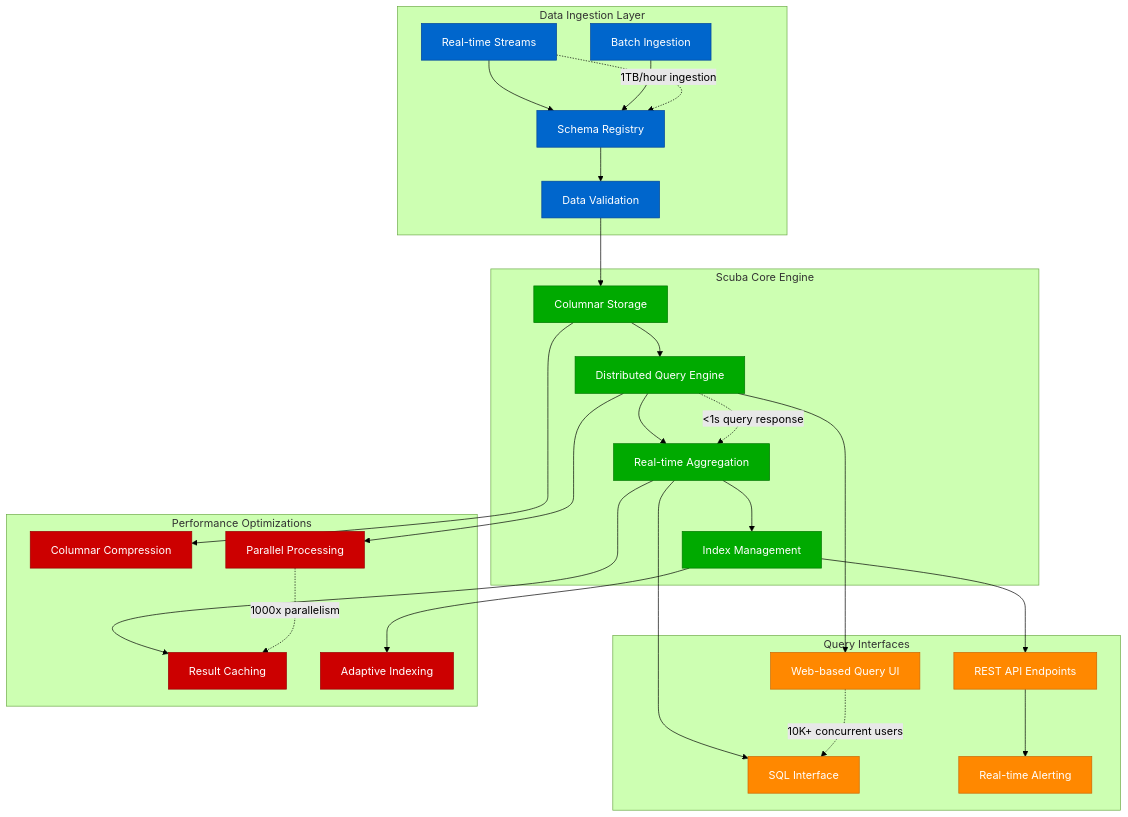
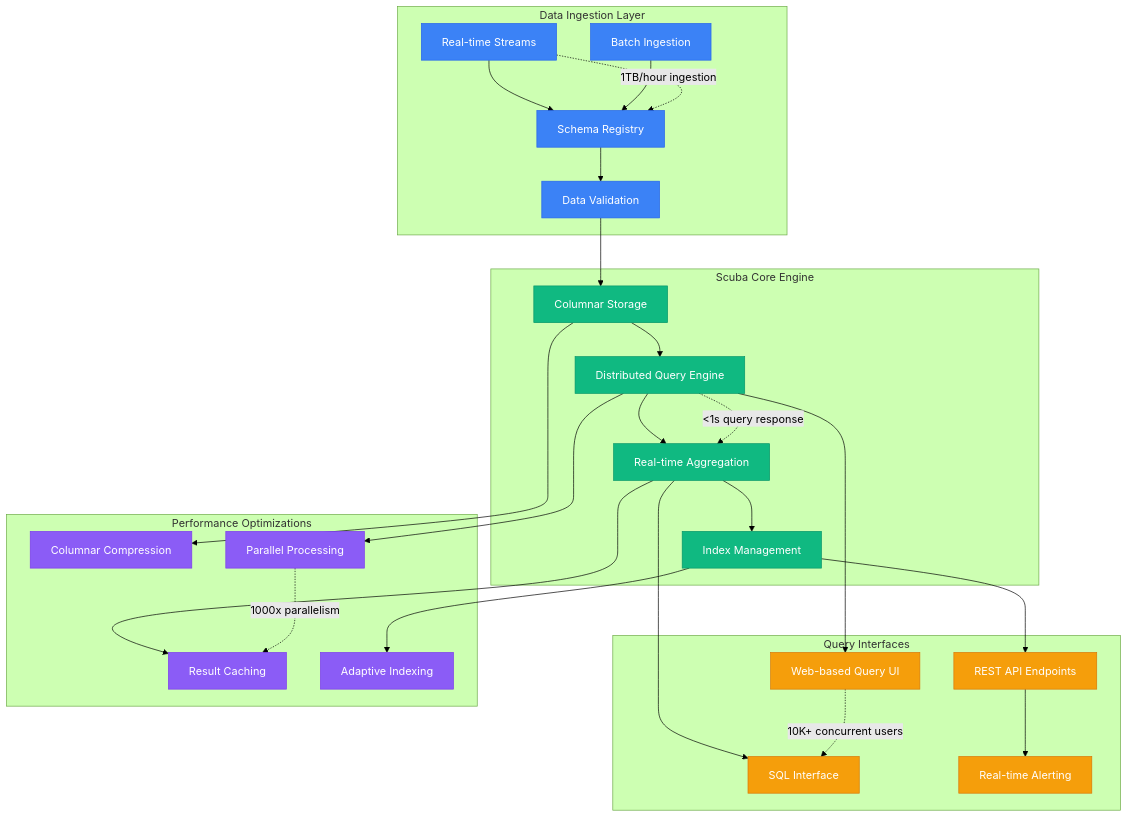
Before and after one commit to deepaucksharma/DS: the fourth of 8 diagrams in site/docs/systems/meta/production-operations.md, drawn with Mermaid (forest theme). The commit also changed other lines of this file and 303 other files, not shown here.

````diff
--- a/site/docs/systems/meta/production-operations.md
+++ b/site/docs/systems/meta/production-operations.md
@@ -235,69 +235,69 @@
 ```mermaid
 graph TB
     subgraph DataIngestion[Data Ingestion Layer]
         REAL_TIME_STREAMS[Real-time Streams]
         BATCH_INGESTION[Batch Ingestion]
         SCHEMA_REGISTRY[Schema Registry]
         DATA_VALIDATION[Data Validation]
     end
 
     subgraph ScubaCore[Scuba Core Engine]
         COLUMNAR_STORE[Columnar Storage]
         QUERY_ENGINE[Distributed Query Engine]
         AGGREGATION[Real-time Aggregation]
         INDEX_MANAGEMENT[Index Management]
     end
 
     subgraph QueryInterface[Query Interfaces]
         WEB_UI[Web-based Query UI]
         SQL_INTERFACE[SQL Interface]
         API_ENDPOINTS[REST API Endpoints]
         ALERTING[Real-time Alerting]
     end
 
     subgraph PerformanceOpt[Performance Optimizations]
         COLUMNAR_COMPRESSION[Columnar Compression]
         PARALLEL_PROCESSING[Parallel Processing]
         RESULT_CACHING[Result Caching]
         ADAPTIVE_INDEXING[Adaptive Indexing]
     end
 
     %% Data flow
     REAL_TIME_STREAMS --> SCHEMA_REGISTRY
     BATCH_INGESTION --> SCHEMA_REGISTRY
     SCHEMA_REGISTRY --> DATA_VALIDATION
     DATA_VALIDATION --> COLUMNAR_STORE
 
     %% Query processing
     COLUMNAR_STORE --> QUERY_ENGINE
     QUERY_ENGINE --> AGGREGATION
     AGGREGATION --> INDEX_MANAGEMENT
 
     %% User interfaces
     QUERY_ENGINE --> WEB_UI
     AGGREGATION --> SQL_INTERFACE
     INDEX_MANAGEMENT --> API_ENDPOINTS
     API_ENDPOINTS --> ALERTING
 
     %% Performance features
     COLUMNAR_STORE --> COLUMNAR_COMPRESSION
     QUERY_ENGINE --> PARALLEL_PROCESSING
     AGGREGATION --> RESULT_CACHING
     INDEX_MANAGEMENT --> ADAPTIVE_INDEXING
 
     %% Scale metrics
     REAL_TIME_STREAMS -.->|"1TB/hour ingestion"| SCHEMA_REGISTRY
     QUERY_ENGINE -.->|"<1s query response"| AGGREGATION
     WEB_UI -.->|"10K+ concurrent users"| SQL_INTERFACE
     PARALLEL_PROCESSING -.->|"1000x parallelism"| RESULT_CACHING
 
-    classDef ingestStyle fill:#0066CC,stroke:#004499,color:#fff
-    classDef coreStyle fill:#00AA00,stroke:#007700,color:#fff
-    classDef interfaceStyle fill:#FF8800,stroke:#CC6600,color:#fff
-    classDef perfStyle fill:#CC0000,stroke:#990000,color:#fff
+    classDef ingestStyle fill:#3B82F6,stroke:#2563EB,color:#fff
+    classDef coreStyle fill:#10B981,stroke:#059669,color:#fff
+    classDef interfaceStyle fill:#F59E0B,stroke:#D97706,color:#fff
+    classDef perfStyle fill:#8B5CF6,stroke:#7C3AED,color:#fff
 
     class REAL_TIME_STREAMS,BATCH_INGESTION,SCHEMA_REGISTRY,DATA_VALIDATION ingestStyle
     class COLUMNAR_STORE,QUERY_ENGINE,AGGREGATION,INDEX_MANAGEMENT coreStyle
     class WEB_UI,SQL_INTERFACE,API_ENDPOINTS,ALERTING interfaceStyle
     class COLUMNAR_COMPRESSION,PARALLEL_PROCESSING,RESULT_CACHING,ADAPTIVE_INDEXING perfStyle
 ```
````
